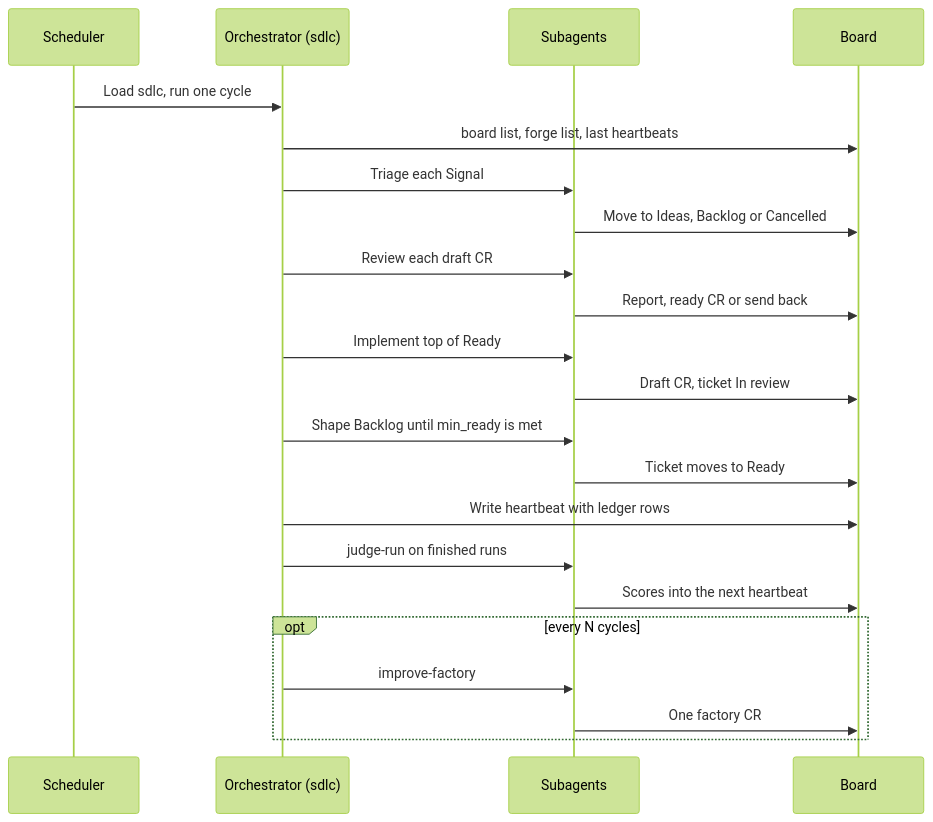
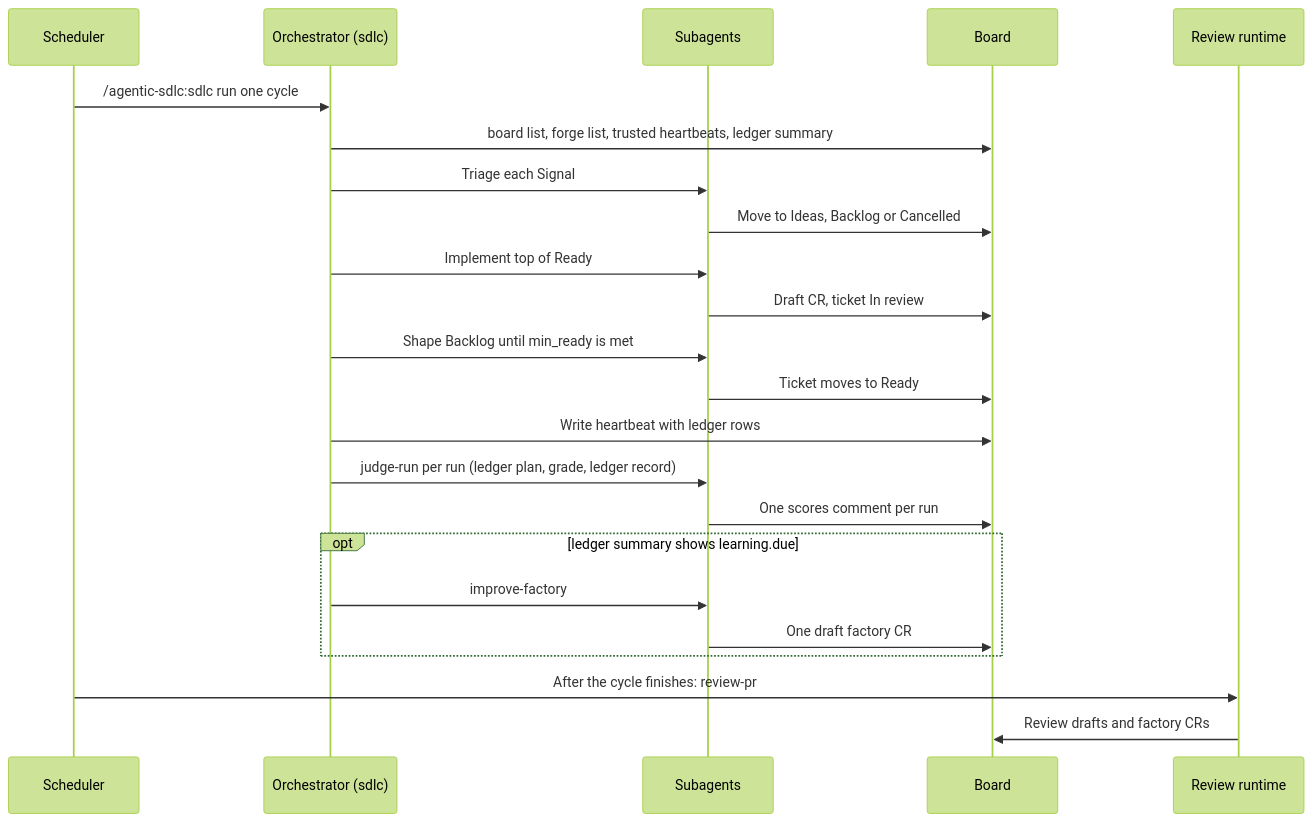
One commit to dmitriywind/agentic-sdlc changed the second of 6 diagrams in docs/architecture/flows.md. Above: the diagram before and after it, drawn with Mermaid (forest theme). The commit also changed other lines of this file and 101 other files, not shown here.

````diff
--- a/docs/architecture/flows.md
+++ b/docs/architecture/flows.md
@@ -51,24 +51,25 @@
 ```mermaid
 sequenceDiagram
   participant S as Scheduler
   participant O as Orchestrator (sdlc)
   participant W as Subagents
   participant B as Board
-  S->>O: Load sdlc, run one cycle
-  O->>B: board list, forge list, last heartbeats
+  participant R as Review runtime
+  S->>O: /agentic-sdlc:sdlc run one cycle
+  O->>B: board list, forge list, trusted heartbeats, ledger summary
   O->>W: Triage each Signal
   W->>B: Move to Ideas, Backlog or Cancelled
-  O->>W: Review each draft CR
-  W->>B: Report, ready CR or send back
   O->>W: Implement top of Ready
   W->>B: Draft CR, ticket In review
   O->>W: Shape Backlog until min_ready is met
   W->>B: Ticket moves to Ready
   O->>B: Write heartbeat with ledger rows
-  O->>W: judge-run on finished runs
-  W->>B: Scores into the next heartbeat
-  opt every N cycles
+  O->>W: judge-run per run (ledger plan, grade, ledger record)
+  W->>B: One scores comment per run
+  opt ledger summary shows learning.due
     O->>W: improve-factory
-    W->>B: One factory CR
+    W->>B: One draft factory CR
   end
+  S->>R: After the cycle finishes: review-pr
+  R->>B: Review drafts and factory CRs
 ```
````
